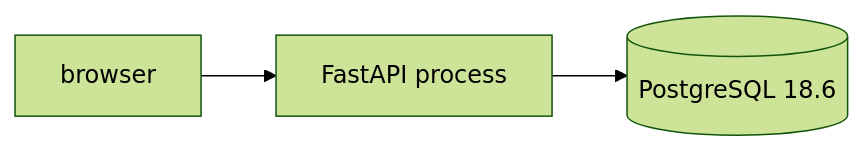
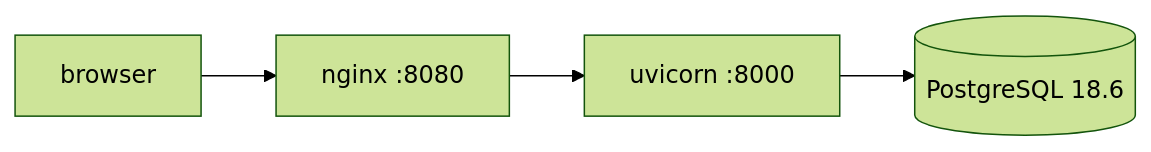
One commit to dongwang-nearform/todo-app changed the third of 4 diagrams in _bmad-output/planning-artifacts/architecture/architecture-bmad-example-todo-2026-11-04/ARCHITECTURE-SPINE.md. Above: the diagram before and after it, drawn with Mermaid (forest theme). The commit also changed other lines of this file and 18 other files, not shown here.

````diff
--- a/_bmad-output/planning-artifacts/architecture/architecture-bmad-example-todo-2026-11-04/ARCHITECTURE-SPINE.md
+++ b/_bmad-output/planning-artifacts/architecture/architecture-bmad-example-todo-2026-11-04/ARCHITECTURE-SPINE.md
@@ -218,5 +271,6 @@
 ```mermaid
 flowchart LR
-  browser[browser] --> app[FastAPI process]
-  app --> db[(PostgreSQL 18.6)]
+  browser[browser] --> web[nginx :8080]
+  web --> api[uvicorn :8000]
+  api --> db[(PostgreSQL 18.6)]
 ```
````
